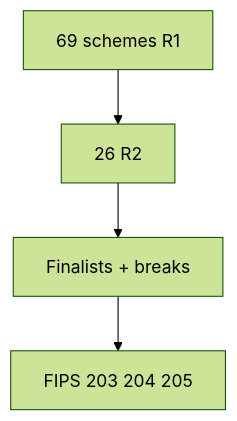
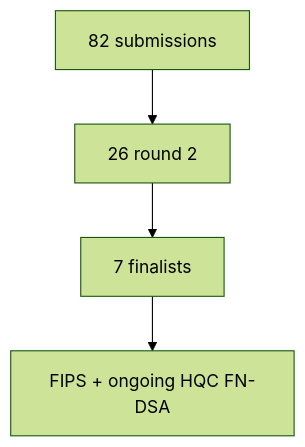
Before and after one commit to kalyogyogi-ui/Ai-check-: the second of 2 diagrams in manuscript/chapters/10-nist-standardization.md, drawn with Mermaid (forest theme). The commit also changed other lines of this file and 31 other files, not shown here.

First line of the commit message:
Fix figure placement: in-section after intro text, repair corrupted headings

````diff
--- a/manuscript/chapters/10-nist-standardization.md
+++ b/manuscript/chapters/10-nist-standardization.md
@@ -51,6 +199,6 @@
 ```mermaid
 flowchart TD
-  R1[69 schemes R1] --> R2[26 R2]
-  R2 --> R3[Finalists + breaks]
-  R3 --> FIPS[FIPS 203 204 205]
+  R1[82 submissions] --> R2[26 round 2]
+  R2 --> F[7 finalists]
+  F --> STD[FIPS + ongoing HQC FN-DSA]
 ```
````
